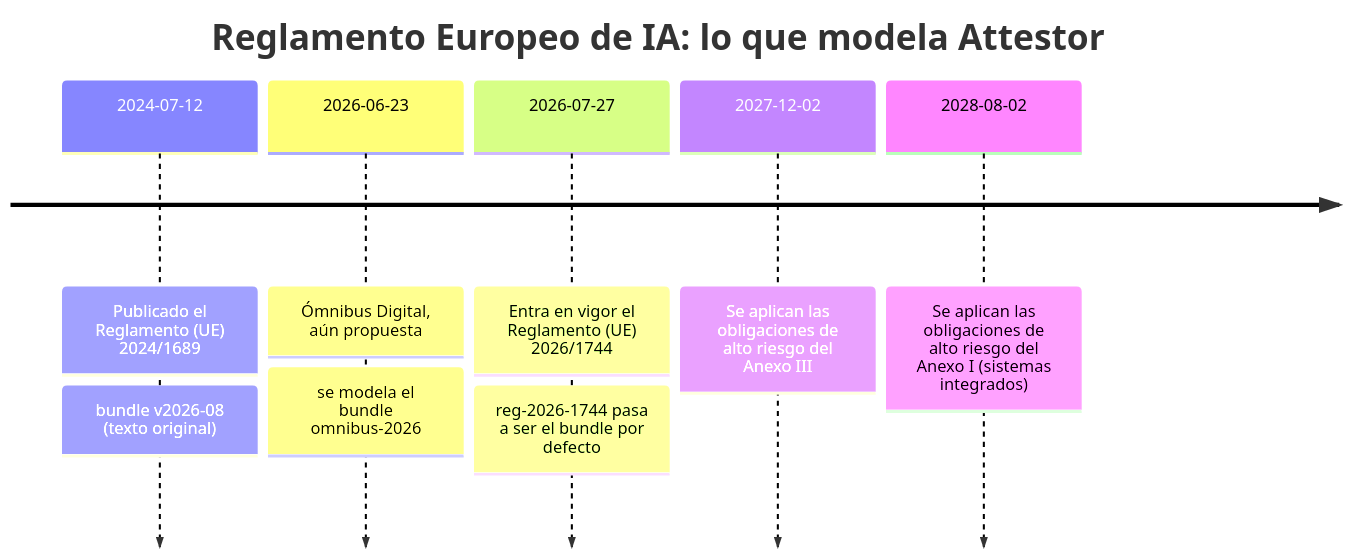
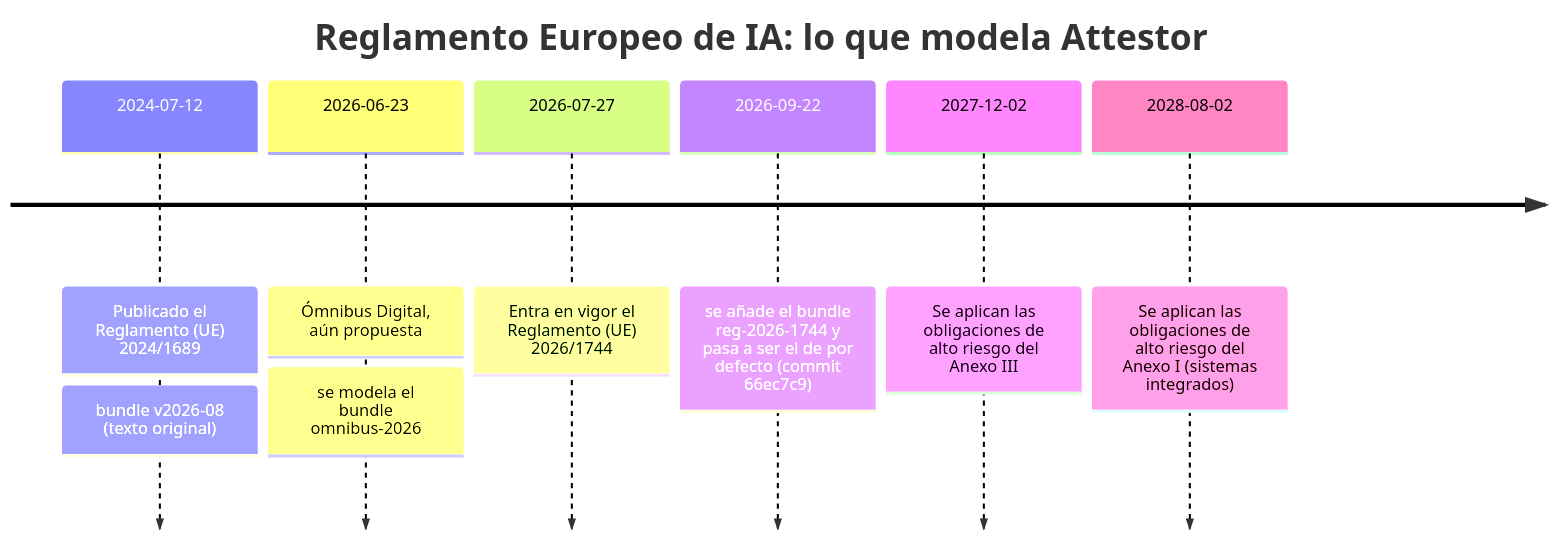
The fourth of 4 diagrams in README.es.md (marcosmatalab/attestor), drawn with Mermaid before and after one commit. The commit also changed other lines of this file and 7 other files, not shown here.

````diff
--- a/README.es.md
+++ b/README.es.md
@@ -292,9 +292,10 @@
 ```mermaid
 timeline
     title Reglamento Europeo de IA: lo que modela Attestor
     2024-07-12 : Publicado el Reglamento (UE) 2024/1689 : bundle v2026-08 (texto original)
     2026-06-23 : Ómnibus Digital, aún propuesta : se modela el bundle omnibus-2026
-    2026-07-27 : Entra en vigor el Reglamento (UE) 2026/1744 : reg-2026-1744 pasa a ser el bundle por defecto
+    2026-07-27 : Entra en vigor el Reglamento (UE) 2026/1744
+    2026-09-22 : se añade el bundle reg-2026-1744 y pasa a ser el de por defecto (commit 66ec7c9)
     2027-12-02 : Se aplican las obligaciones de alto riesgo del Anexo III
     2028-08-02 : Se aplican las obligaciones de alto riesgo del Anexo I (sistemas integrados)
 ```
````
